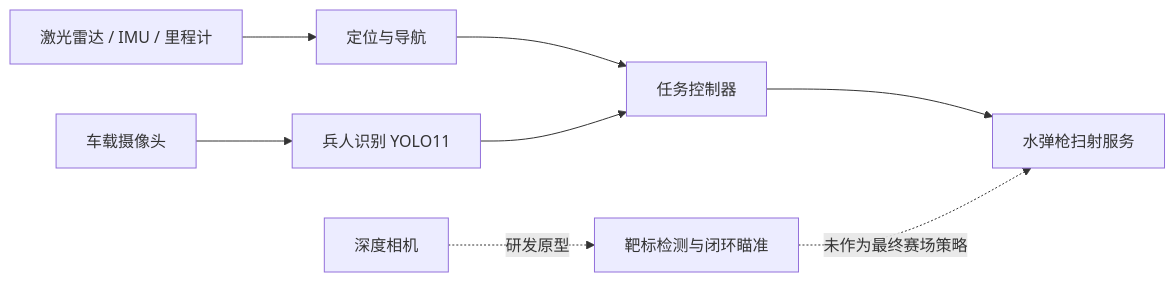
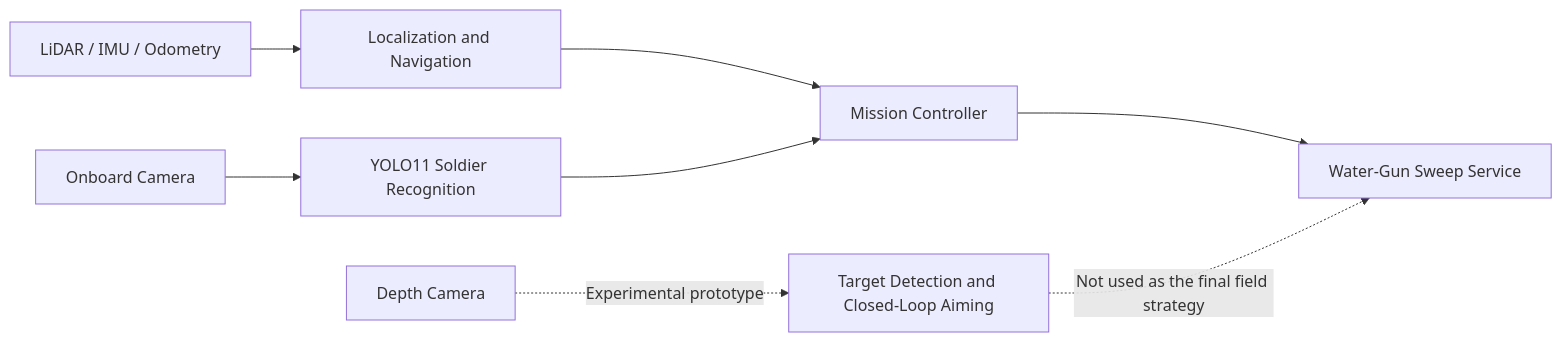
The diagram in README.md (hema-ai-dev/raicom-2025-intelligent-recon-vehicle), drawn with Mermaid before and after one commit. The commit also changed other lines of this file and 19 other files, not shown here.

````diff
--- a/README.md
+++ b/README.md
@@ -14,10 +16,10 @@
 ```mermaid
 flowchart LR
-    L[激光雷达 / IMU / 里程计] --> N[定位与导航]
-    N --> M[任务控制器]
-    C[车载摄像头] --> Y[兵人识别 YOLO11]
+    L[LiDAR / IMU / Odometry] --> N[Localization and Navigation]
+    N --> M[Mission Controller]
+    C[Onboard Camera] --> Y[YOLO11 Soldier Recognition]
     Y --> M
-    M --> G[水弹枪扫射服务]
-    D[深度相机] -. 研发原型 .-> A[靶标检测与闭环瞄准]
-    A -. 未作为最终赛场策略 .-> G
+    M --> G[Water-Gun Sweep Service]
+    D[Depth Camera] -. Experimental prototype .-> A[Target Detection and Closed-Loop Aiming]
+    A -. Not used as the final field strategy .-> G
 ```
````
